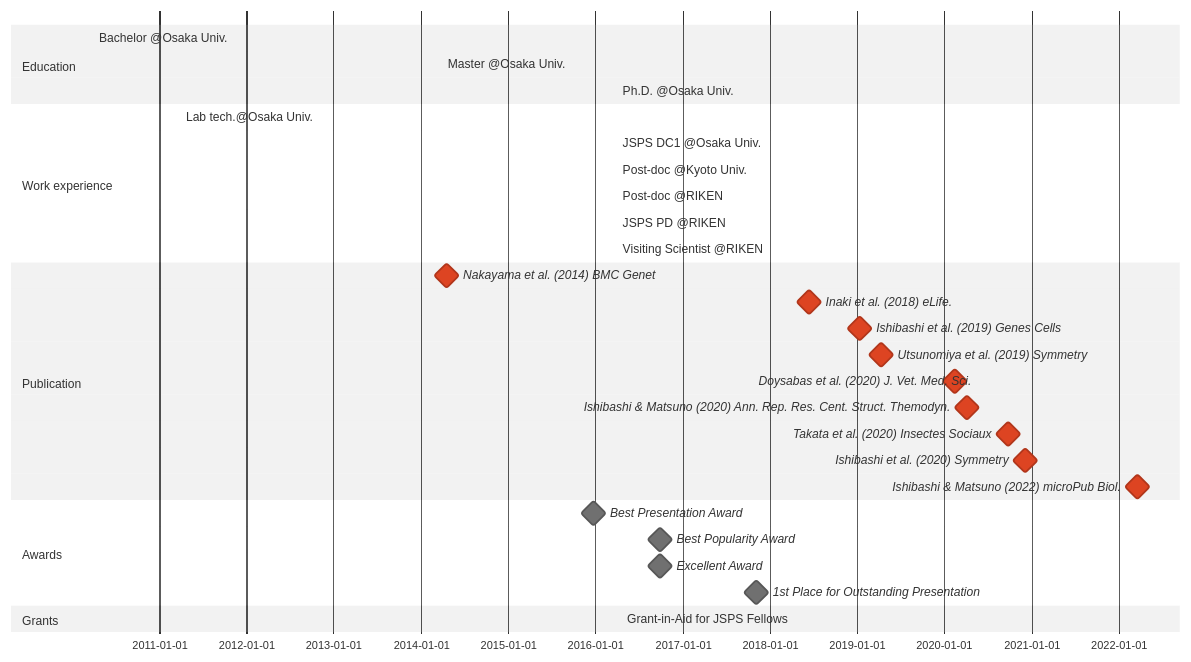
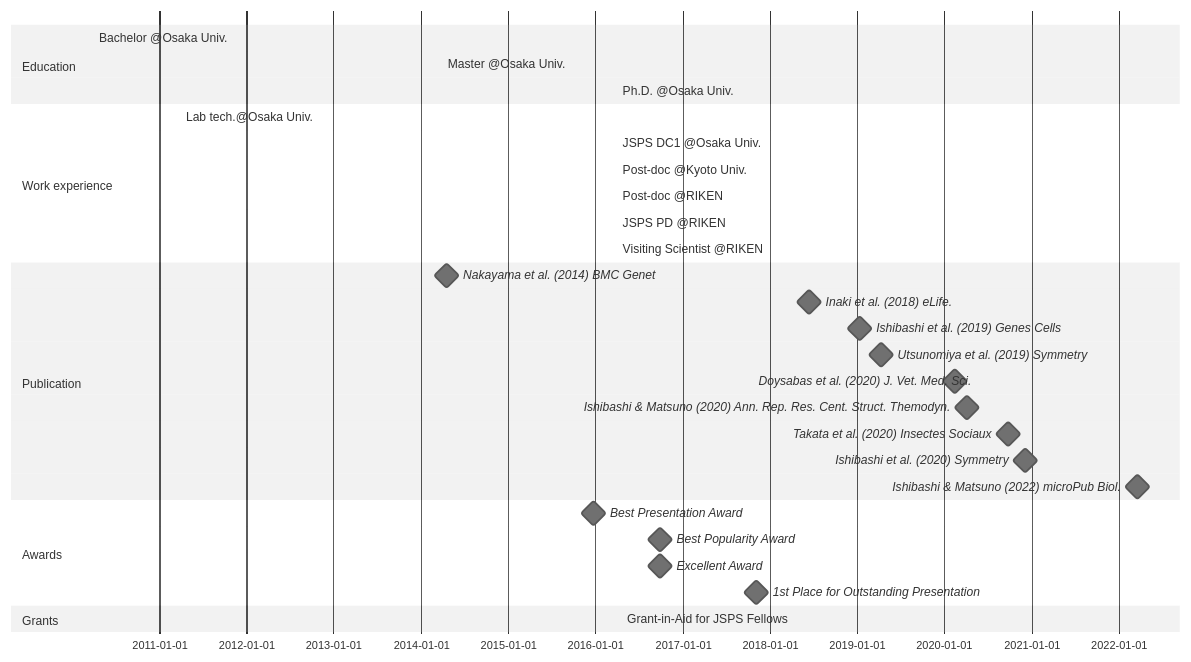
Before and after one commit to ishibaki/ishibaki.github.io: the diagram in _includes/mermaid-cv.md, drawn with Mermaid (neutral theme).

````diff
--- a/_includes/mermaid-cv.md
+++ b/_includes/mermaid-cv.md
@@ -1,31 +1,31 @@
 ```mermaid
 gantt
 section Education
   Bachelor @Osaka Univ. : BS, 2010-04-01, 2014-03-25
   Master @Osaka Univ.   : MS, 2014-04-01, 2016-03-28
   Ph.D. @Osaka Univ.    : Ph.D., 2016-04-01, 2019-03-25
 section Work experience
   Lab tech.@Osaka Univ.     : done, OU-tech, 2011-04-01, 2012-03-31
   JSPS DC1 @Osaka Univ.     : done, DC1, 2016-04-01, 2019-03-31
   Post-doc @Kyoto Univ.     : done, KU-postdoc, after DC1, 2021-04-30
   Post-doc @RIKEN           : done, RIKEN-postdoc, after KU-postdoc, 2022-03-31
   JSPS PD @RIKEN            : active, PD, after RIKEN-postdoc, 2025-03-31
   Visiting Scientist @RIKEN : active, PD, after RIKEN-postdoc, 2025-03-31
 section Publication
-  Nakayama et al. (2014) BMC Genet          : crit, milestone, nakayama2014, 2014-04-16, 1w
-  Inaki et al. (2018) eLife.                : crit, milestone, inaki2018, 2018-06-12, 1w
-  Ishibashi et al. (2019) Genes Cells       : crit, milestone, ishibashi2019, 2019-01-09, 1w
-  Utsunomiya et al. (2019) Symmetry         : crit, milestone, utsunomiya2019, 2019-04-08, 1w
-  Doysabas et al. (2020) J. Vet. Med. Sci.  : crit, milestone, doysabas2020, 2020-02-12, 1w
-  Ishibashi & Matsuno (2020) Ann. Rep. Res. Cent. Struct. Themodyn. : crit, milestone, ishibashi2020a, 2020-04-01, 1w
-  Takata et al. (2020) Insectes Sociaux     : crit, milestone, takata2020, 2020-09-22, 1w
-  Ishibashi et al. (2020) Symmetry          : crit, milestone, ishibashi2020b, 2020-12-02, 1w
-  Ishibashi & Matsuno (2022) microPub Biol. : crit, milestone, ishibashi2022, 2022-03-18, 1w
+  Nakayama et al. (2014) BMC Genet          : milestone, nakayama2014, 2014-04-16, 1w
+  Inaki et al. (2018) eLife.                : milestone, inaki2018, 2018-06-12, 1w
+  Ishibashi et al. (2019) Genes Cells       : milestone, ishibashi2019, 2019-01-09, 1w
+  Utsunomiya et al. (2019) Symmetry         : milestone, utsunomiya2019, 2019-04-08, 1w
+  Doysabas et al. (2020) J. Vet. Med. Sci.  : milestone, doysabas2020, 2020-02-12, 1w
+  Ishibashi & Matsuno (2020) Ann. Rep. Res. Cent. Struct. Themodyn. : milestone, ishibashi2020a, 2020-04-01, 1w
+  Takata et al. (2020) Insectes Sociaux     : milestone, takata2020, 2020-09-22, 1w
+  Ishibashi et al. (2020) Symmetry          : milestone, ishibashi2020b, 2020-12-02, 1w
+  Ishibashi & Matsuno (2022) microPub Biol. : milestone, ishibashi2022, 2022-03-18, 1w
 section Awards
-  Best Presentation Award                :milestone, aw_1, 2015-12-20, 1w
-  Best Popularity Award                  :milestone, aw_2, 2016-09-25, 1w
-  Excellent Award                        :milestone, aw_3, 2016-09-25, 1w
-  1st Place for Outstanding Presentation :milestone, aw_4, 2017-11-01, 1w
+  Best Presentation Award                : milestone, aw_1, 2015-12-20, 1w
+  Best Popularity Award                  : milestone, aw_2, 2016-09-25, 1w
+  Excellent Award                        : milestone, aw_3, 2016-09-25, 1w
+  1st Place for Outstanding Presentation : milestone, aw_4, 2017-11-01, 1w
 section Grants
   Grant-in-Aid for JSPS Fellows : done, grant_DC1, 2016-04-22, 2019-03-31
 ```
````
